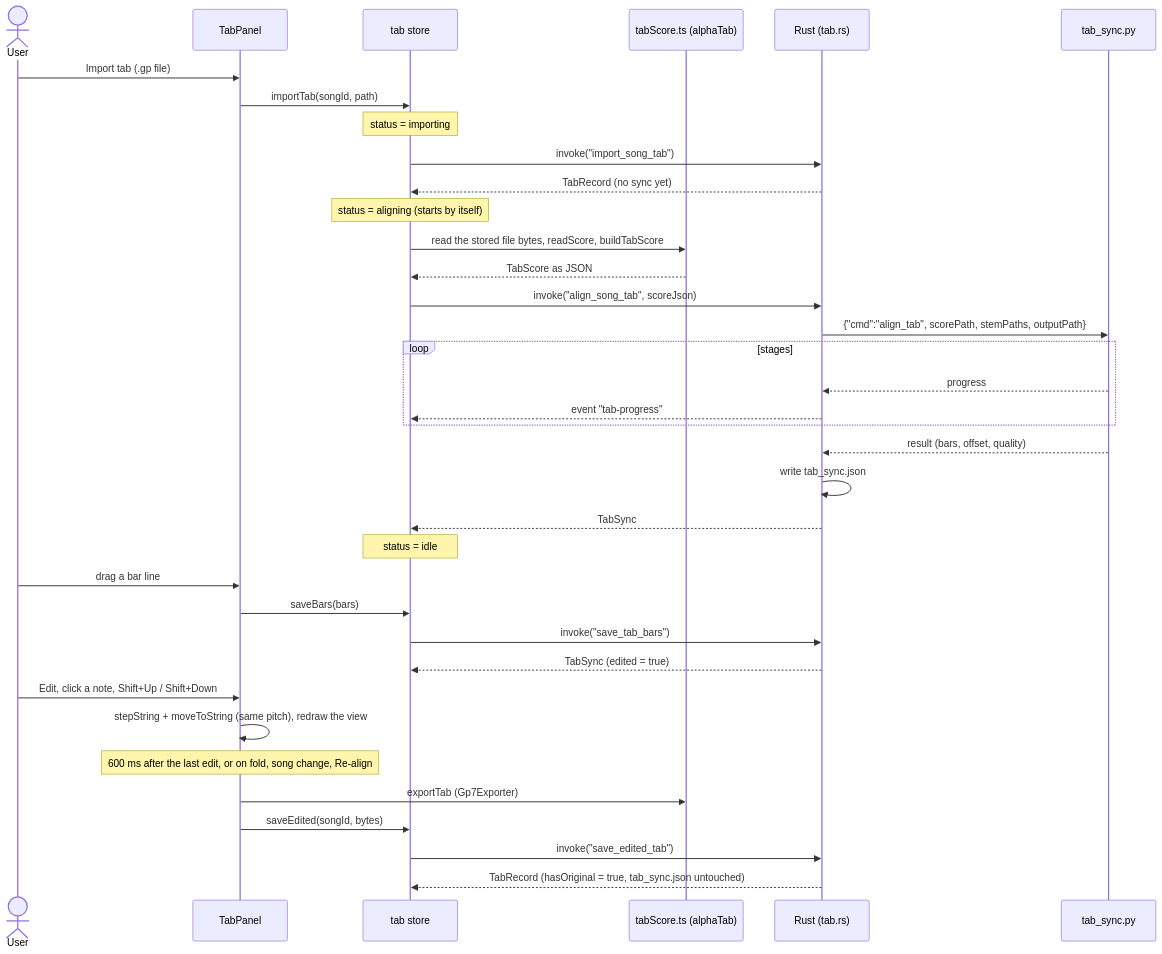
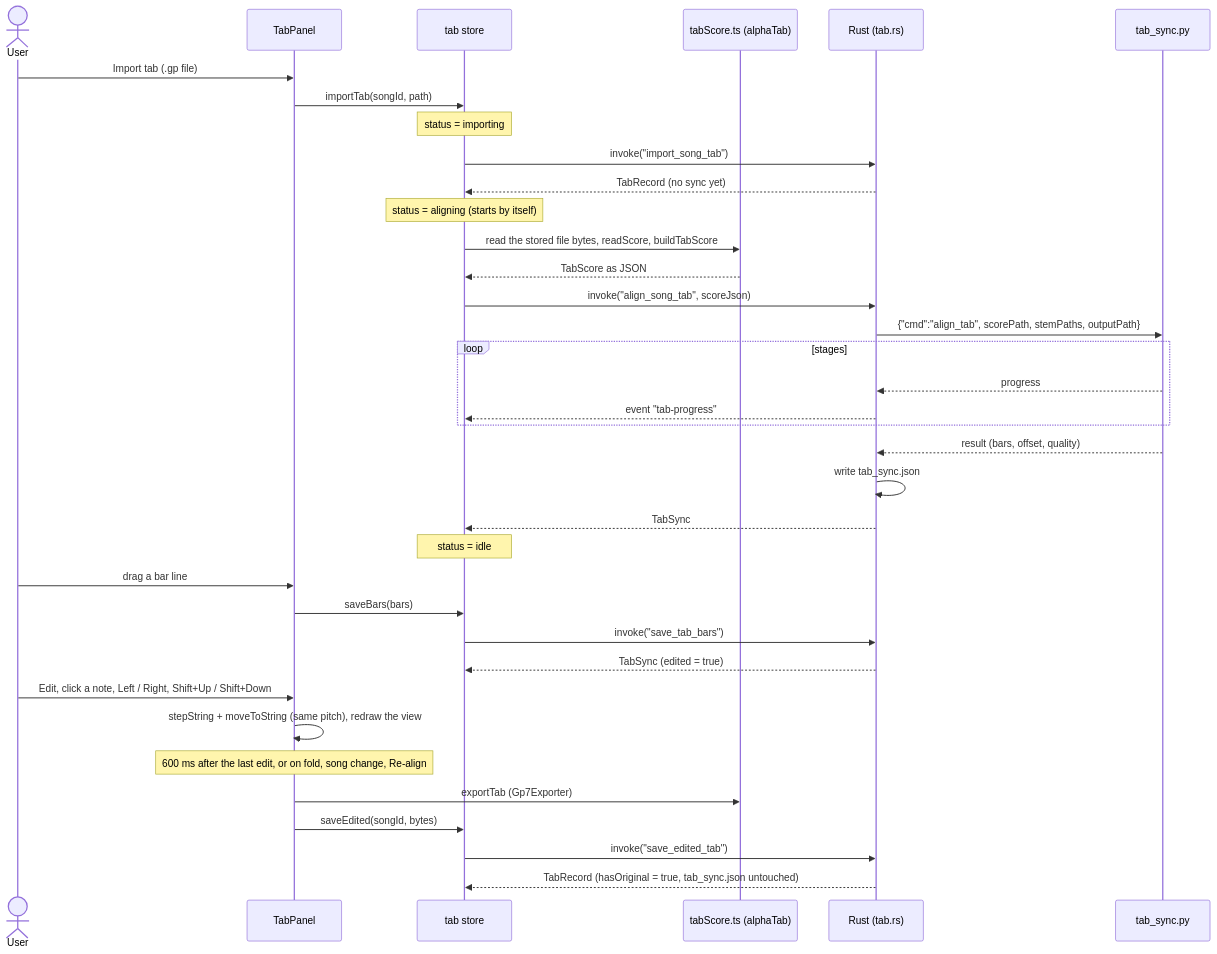
Diagram 12 of 16 in wiki/uml.md (giamat90/SongPracticeStudio), drawn with Mermaid before and after one commit. The commit also changed 7 other files, not shown here.

````diff
--- a/wiki/uml.md
+++ b/wiki/uml.md
@@ -509,39 +509,39 @@
 ```mermaid
 sequenceDiagram
     actor U as User
     participant TP as TabPanel
     participant TS as tab store
     participant AT as tabScore.ts (alphaTab)
     participant R as Rust (tab.rs)
     participant P as tab_sync.py
 
     U->>TP: Import tab (.gp file)
     TP->>TS: importTab(songId, path)
     Note over TS: status = importing
     TS->>R: invoke("import_song_tab")
     R-->>TS: TabRecord (no sync yet)
     Note over TS: status = aligning (starts by itself)
     TS->>AT: read the stored file bytes, readScore, buildTabScore
     AT-->>TS: TabScore as JSON
     TS->>R: invoke("align_song_tab", scoreJson)
     R->>P: {"cmd":"align_tab", scorePath, stemPaths, outputPath}
     loop stages
         P-->>R: progress
         R-->>TS: event "tab-progress"
     end
     P-->>R: result (bars, offset, quality)
     R->>R: write tab_sync.json
     R-->>TS: TabSync
     Note over TS: status = idle
     U->>TP: drag a bar line
     TP->>TS: saveBars(bars)
     TS->>R: invoke("save_tab_bars")
     R-->>TS: TabSync (edited = true)
-    U->>TP: Edit, click a note, Shift+Up / Shift+Down
+    U->>TP: Edit, click a note, Left / Right, Shift+Up / Shift+Down
     TP->>TP: stepString + moveToString (same pitch), redraw the view
     Note over TP: 600 ms after the last edit, or on fold, song change, Re-align
     TP->>AT: exportTab (Gp7Exporter)
     TP->>TS: saveEdited(songId, bytes)
     TS->>R: invoke("save_edited_tab")
     R-->>TS: TabRecord (hasOriginal = true, tab_sync.json untouched)
 ```
````
